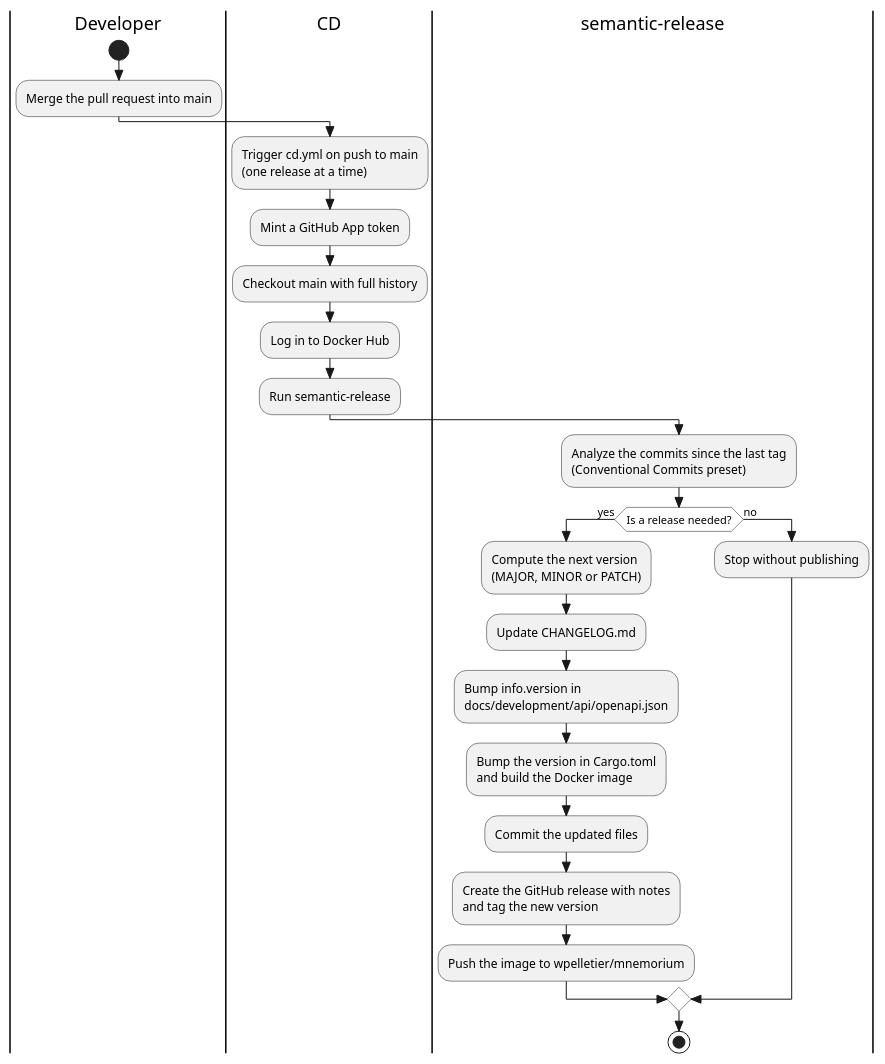
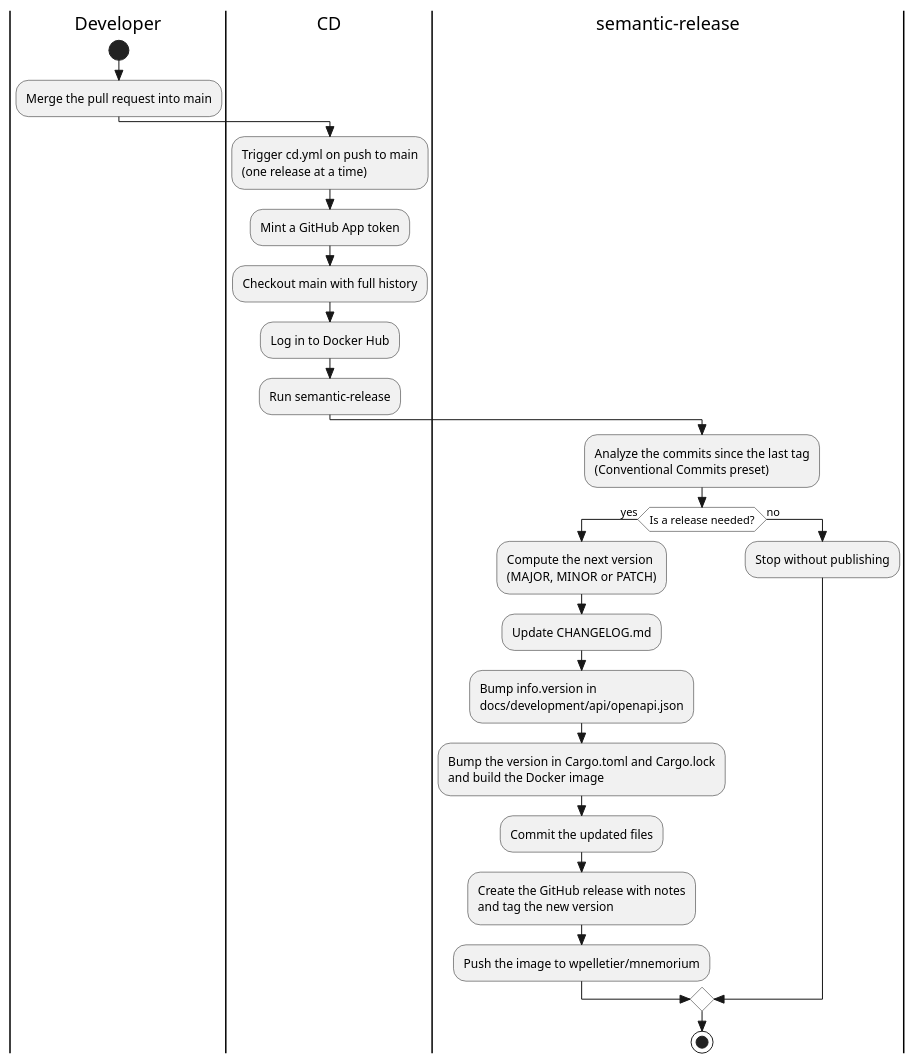
One commit to Mnemorium/mnemorium changed the second of 2 diagrams in docs/development/Overview.md. Above: the diagram before and after it, drawn with PlantUML. The commit also changed other lines of this file and 2 other files, not shown here.

First line of the commit message:
ci(github): sync Cargo.lock with the release version bump

````diff
--- a/docs/development/Overview.md
+++ b/docs/development/Overview.md
@@ -420,32 +420,32 @@
 ```puml
 @startuml
 skinparam style strictuml
 skinparam activityDiamondBackgroundColor #FFFFFF
 
 |Developer|
 start
 :Merge the pull request into main;
 
 |CD|
 :Trigger cd.yml on push to main\n(one release at a time);
 :Mint a GitHub App token;
 :Checkout main with full history;
 :Log in to Docker Hub;
 :Run semantic-release;
 
 |semantic-release|
 :Analyze the commits since the last tag\n(Conventional Commits preset);
 if (Is a release needed?) then (yes)
   :Compute the next version\n(MAJOR, MINOR or PATCH);
   :Update CHANGELOG.md;
   :Bump info.version in\ndocs/development/api/openapi.json;
-  :Bump the version in Cargo.toml\nand build the Docker image;
+  :Bump the version in Cargo.toml and Cargo.lock\nand build the Docker image;
   :Commit the updated files;
   :Create the GitHub release with notes\nand tag the new version;
   :Push the image to wpelletier/mnemorium;
 else (no)
   :Stop without publishing;
 endif
 stop
 @enduml
 ```
````
